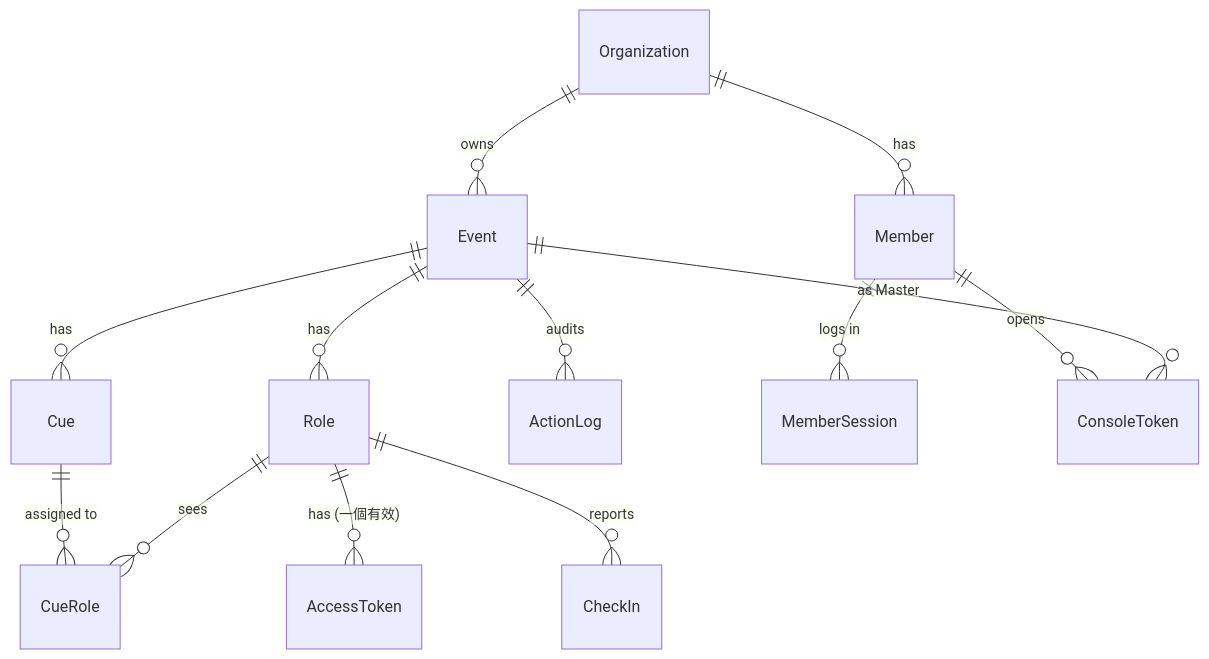
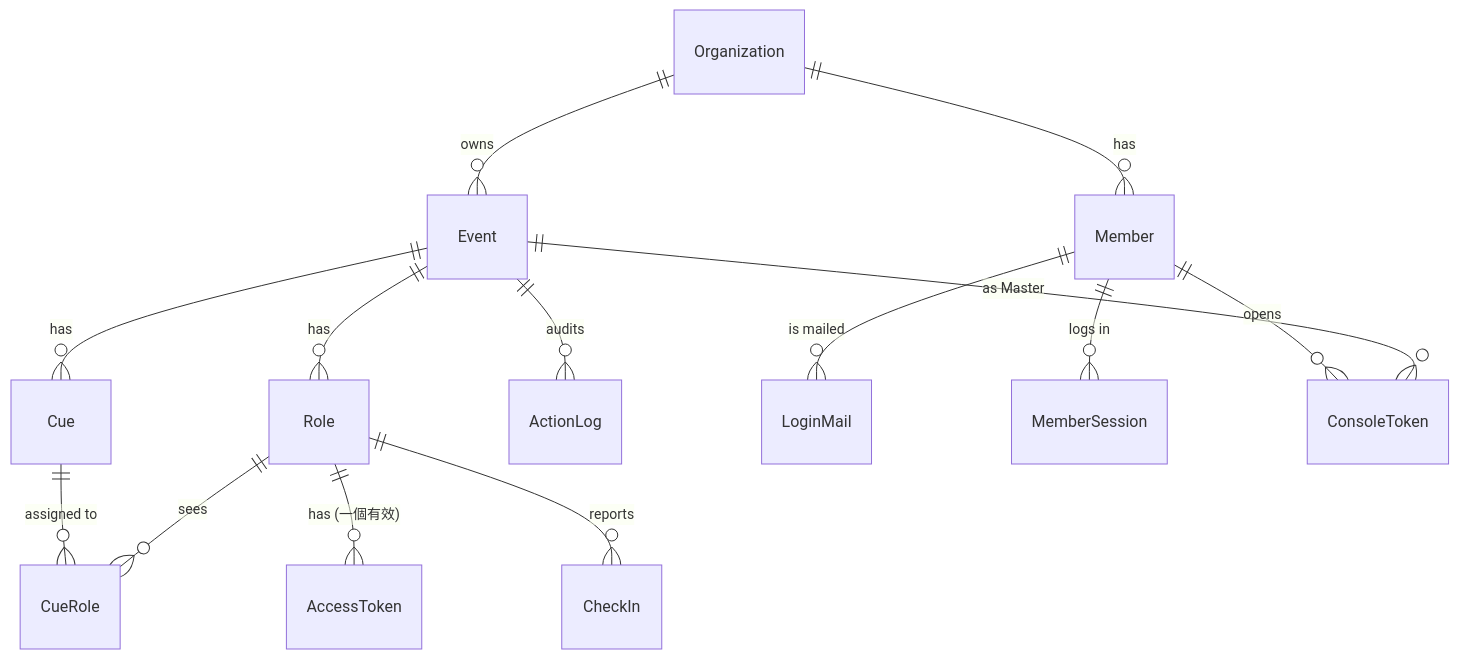
The first of 5 diagrams in docs/design/data-model.md (BensonPigo/bethere), drawn with Mermaid before and after one commit. The commit also changed other lines of this file and 11 other files, not shown here.

Commit message:
docs: members log in with a login mail (M5 stories)

````diff
--- a/docs/design/data-model.md
+++ b/docs/design/data-model.md
@@ -18,15 +18,16 @@
 ```mermaid
 erDiagram
     Event ||--o{ Cue : has
     Event ||--o{ Role : has
     Role ||--o{ AccessToken : "has (一個有效)"
     Cue ||--o{ CueRole : "assigned to"
     Role ||--o{ CueRole : "sees"
     Role ||--o{ CheckIn : "reports"
     Event ||--o{ ActionLog : audits
     Organization ||--o{ Event : owns
     Organization ||--o{ Member : has
+    Member ||--o{ LoginMail : "is mailed"
     Member ||--o{ MemberSession : "logs in"
     Member ||--o{ ConsoleToken : opens
     Event ||--o{ ConsoleToken : "as Master"
 ```
````
